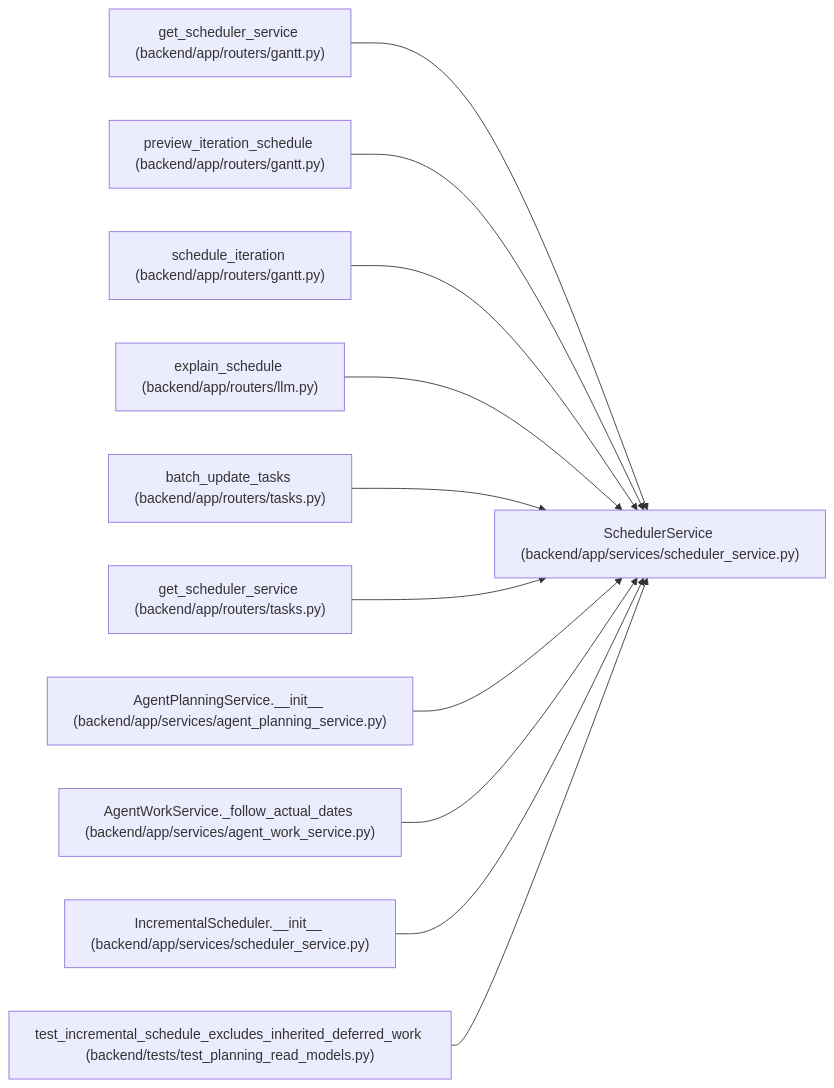
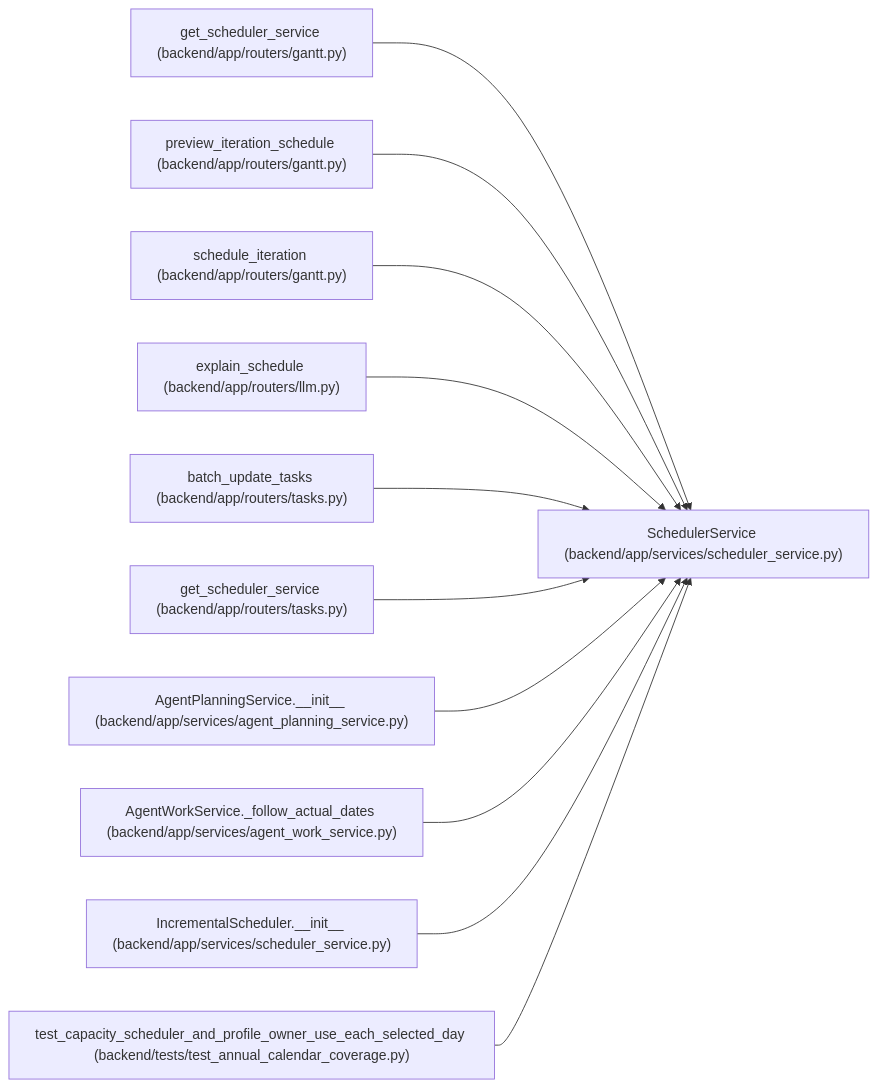
Before and after one commit to Denissvgn/WorkChord: the diagram in docs/llm_wiki/entities/SchedulerService.md, drawn with Mermaid. The commit also changed other lines of this file and 920 other files, not shown here.

````diff
--- a/docs/llm_wiki/entities/SchedulerService.md
+++ b/docs/llm_wiki/entities/SchedulerService.md
@@ -41,35 +41,35 @@
 ```mermaid
 flowchart LR
     n0["SchedulerService (backend/app/services/scheduler_service.py)"]
     n1["get_scheduler_service (backend/app/routers/gantt.py)"]
     n2["preview_iteration_schedule (backend/app/routers/gantt.py)"]
     n3["schedule_iteration (backend/app/routers/gantt.py)"]
     n4["explain_schedule (backend/app/routers/llm.py)"]
     n5["batch_update_tasks (backend/app/routers/tasks.py)"]
     n6["get_scheduler_service (backend/app/routers/tasks.py)"]
     n7["AgentPlanningService.__init__ (backend/app/services/agent_planning_service.py)"]
     n8["AgentWorkService._follow_actual_dates (backend/app/services/agent_work_service.py)"]
     n9["IncrementalScheduler.__init__ (backend/app/services/scheduler_service.py)"]
-    n10["test_incremental_schedule_excludes_inherited_deferred_work (backend/tests/test_planning_read_models.py)"]
+    n10["test_capacity_scheduler_and_profile_owner_use_each_selected_day (backend/tests/test_annual_calendar_coverage.py)"]
     n1 --> n0
     n2 --> n0
     n3 --> n0
     n4 --> n0
     n5 --> n0
     n6 --> n0
     n7 --> n0
     n8 --> n0
     n9 --> n0
     n10 --> n0
     click n0 "../modules/scheduler_service.md"
     click n1 "../modules/routers_gantt.md"
     click n2 "../modules/routers_gantt.md"
     click n3 "../modules/routers_gantt.md"
     click n4 "../modules/routers_llm.md"
     click n5 "../modules/tasks.md"
     click n6 "../modules/tasks.md"
     click n7 "../modules/agent_planning_service.md"
     click n8 "../modules/agent_work_service.md"
     click n9 "../modules/scheduler_service.md"
-    click n10 "../modules/test_planning_read_models.md"
+    click n10 "../modules/test_annual_calendar_coverage.md"
 ```
````
